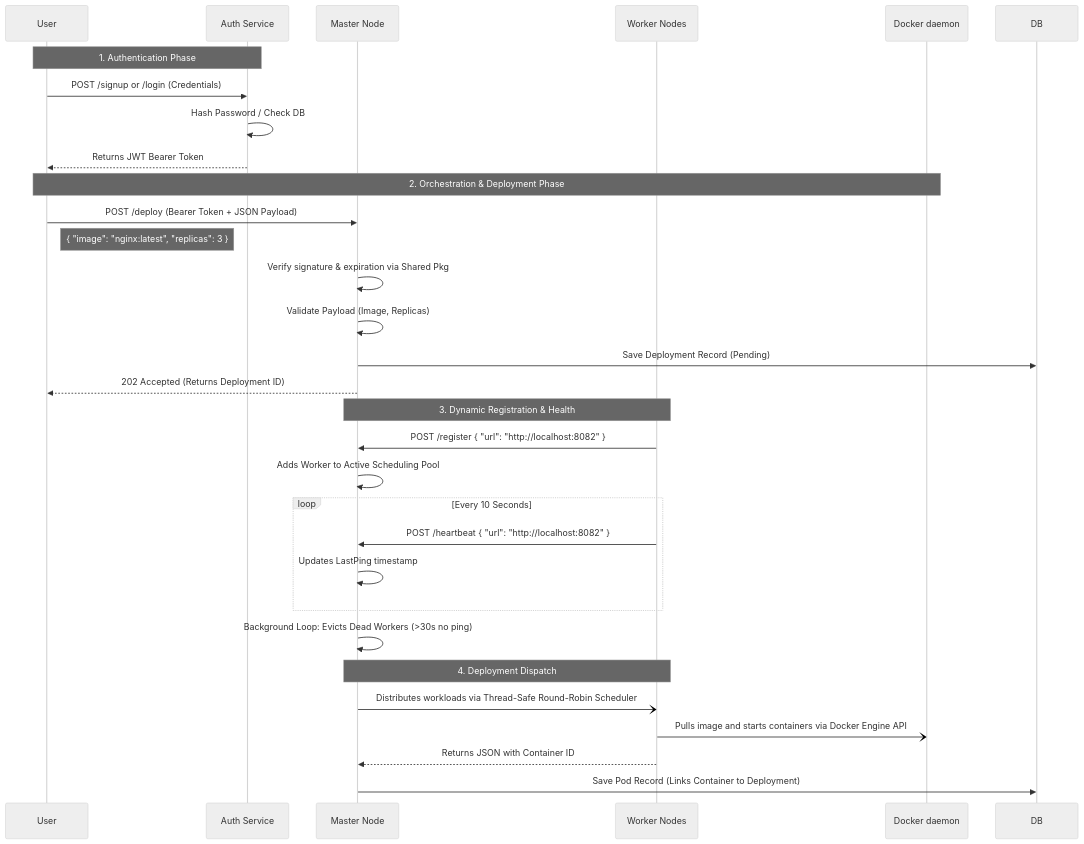
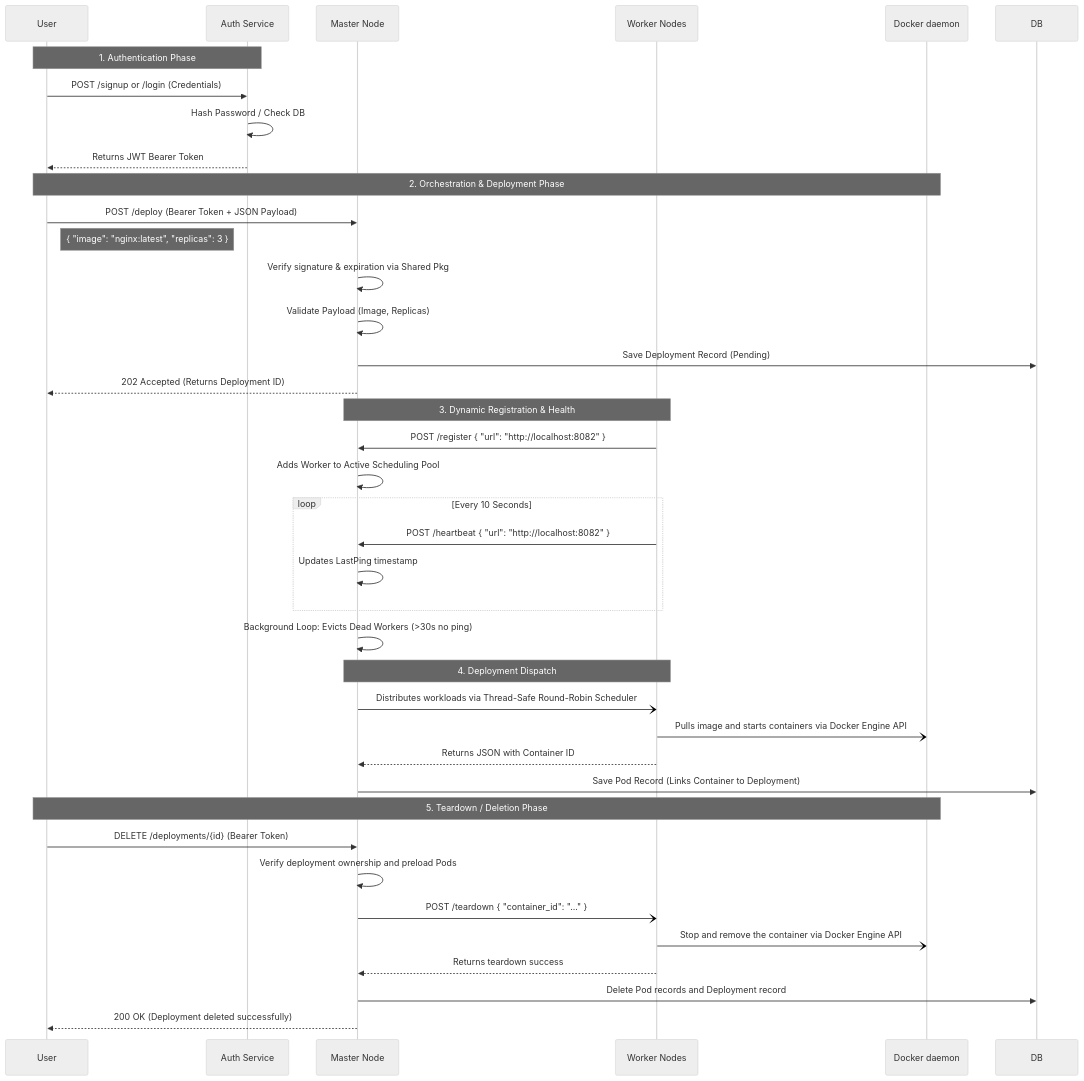
One commit to Surajit09636/mini-kn8s changed the diagram in README.md. Above: the diagram before and after it, drawn with Mermaid (neutral theme). The commit also changed other lines of this file and 5 other files, not shown here.

````diff
--- a/README.md
+++ b/README.md
@@ -9,36 +9,45 @@
 ```mermaid
 sequenceDiagram
     participant User
     participant Auth as Auth Service
     participant Master as Master Node
     participant Worker as Worker Nodes
     participant Docker as Docker daemon
 
     Note over User,Auth: 1. Authentication Phase
     User->>Auth: POST /signup or /login (Credentials)
     Auth->>Auth: Hash Password / Check DB
     Auth-->>User: Returns JWT Bearer Token
 
     Note over User,Docker: 2. Orchestration & Deployment Phase
     User->>Master: POST /deploy (Bearer Token + JSON Payload)
     note right of User: { "image": "nginx:latest", "replicas": 3 }
 
     Master->>Master: Verify signature & expiration via Shared Pkg
     Master->>Master: Validate Payload (Image, Replicas)
     Master->>DB: Save Deployment Record (Pending)
     Master-->>User: 202 Accepted (Returns Deployment ID)
     Note over Master,Worker: 3. Dynamic Registration & Health
     Worker->>Master: POST /register { "url": "http://localhost:8082" }
     Master->>Master: Adds Worker to Active Scheduling Pool
     loop Every 10 Seconds
         Worker->>Master: POST /heartbeat { "url": "http://localhost:8082" }
         Master->>Master: Updates LastPing timestamp
     end
     Master->>Master: Background Loop: Evicts Dead Workers (>30s no ping)
 
     Note over Master,Worker: 4. Deployment Dispatch
     Master-)Worker: Distributes workloads via Thread-Safe Round-Robin Scheduler
     Worker-)Docker: Pulls image and starts containers via Docker Engine API
     Worker-->>Master: Returns JSON with Container ID
     Master->>DB: Save Pod Record (Links Container to Deployment)
+
+    Note over User,Docker: 5. Teardown / Deletion Phase
+    User->>Master: DELETE /deployments/{id} (Bearer Token)
+    Master->>Master: Verify deployment ownership and preload Pods
+    Master-)Worker: POST /teardown { "container_id": "..." }
+    Worker-)Docker: Stop and remove the container via Docker Engine API
+    Worker-->>Master: Returns teardown success
+    Master->>DB: Delete Pod records and Deployment record
+    Master-->>User: 200 OK (Deployment deleted successfully)
 ```
````
